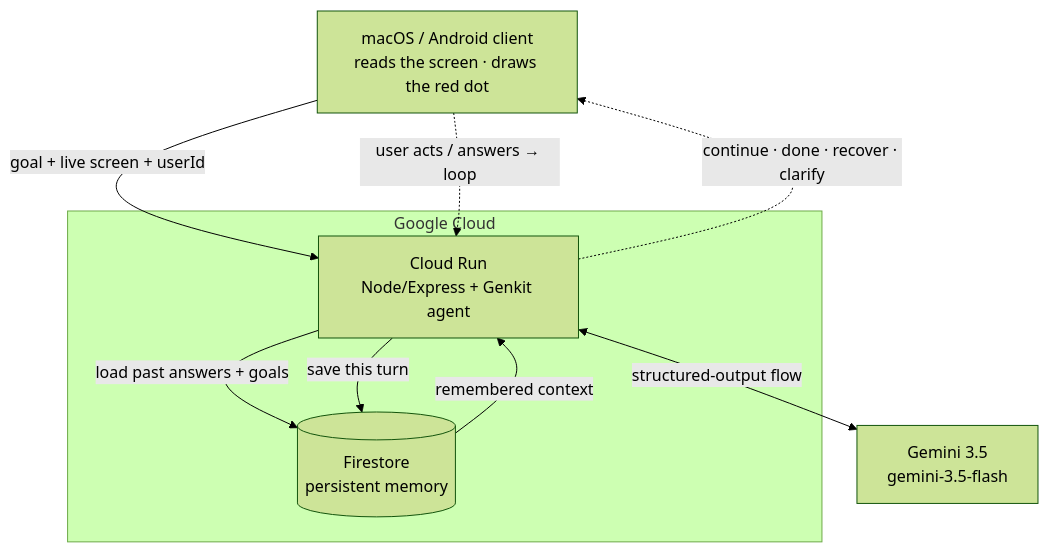
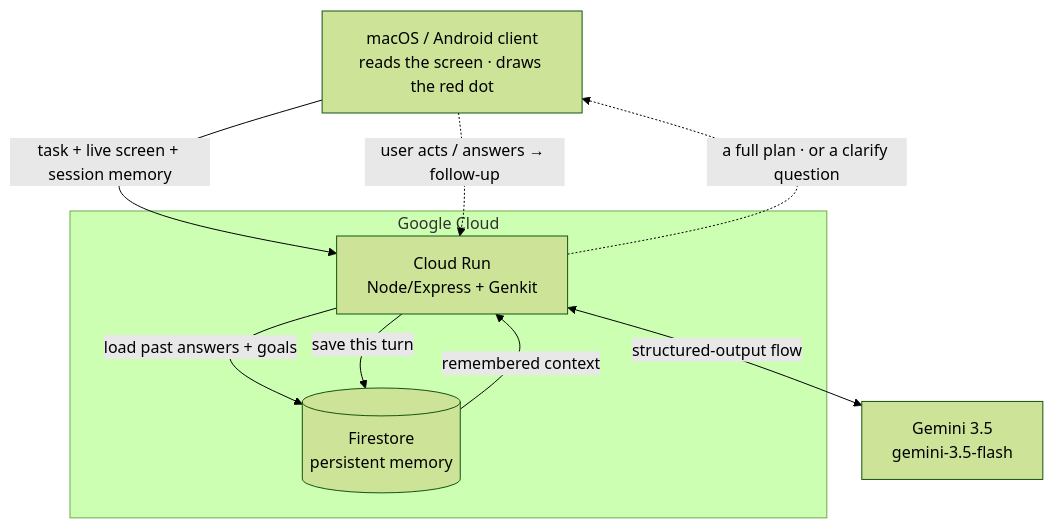
The diagram in README.md (waylo-1/waylo_agent), drawn with Mermaid (forest theme) before and after one commit. The commit also changed other lines of this file, not shown here.

First line of the commit message:
README: accuracy pass + Google Cloud explanation

````diff
--- a/README.md
+++ b/README.md
@@ -48,14 +48,14 @@
 ```mermaid
 flowchart TD
-    A["macOS / Android client<br/>reads the screen · draws the red dot"] -->|"goal + live screen + userId"| B
+    A["macOS / Android client<br/>reads the screen · draws the red dot"] -->|"task + live screen + session memory"| B
     subgraph GCP["Google Cloud"]
-      B["Cloud Run<br/>Node/Express + Genkit agent"]
+      B["Cloud Run<br/>Node/Express + Genkit"]
       F[("Firestore<br/>persistent memory")]
       B -->|"load past answers + goals"| F
       F -->|"remembered context"| B
       B -->|"save this turn"| F
     end
     B <-->|"structured-output flow"| C["Gemini 3.5<br/>gemini-3.5-flash"]
-    B -.->|"continue · done · recover · clarify"| A
-    A -.->|"user acts / answers → loop"| B
+    B -.->|"a full plan · or a clarify question"| A
+    A -.->|"user acts / answers → follow-up"| B
 ```
````
